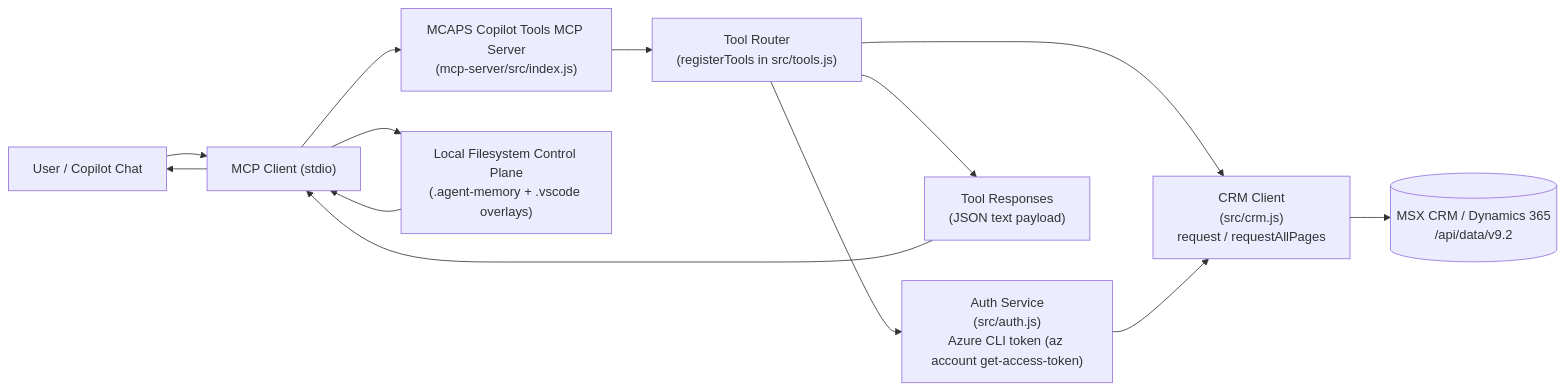
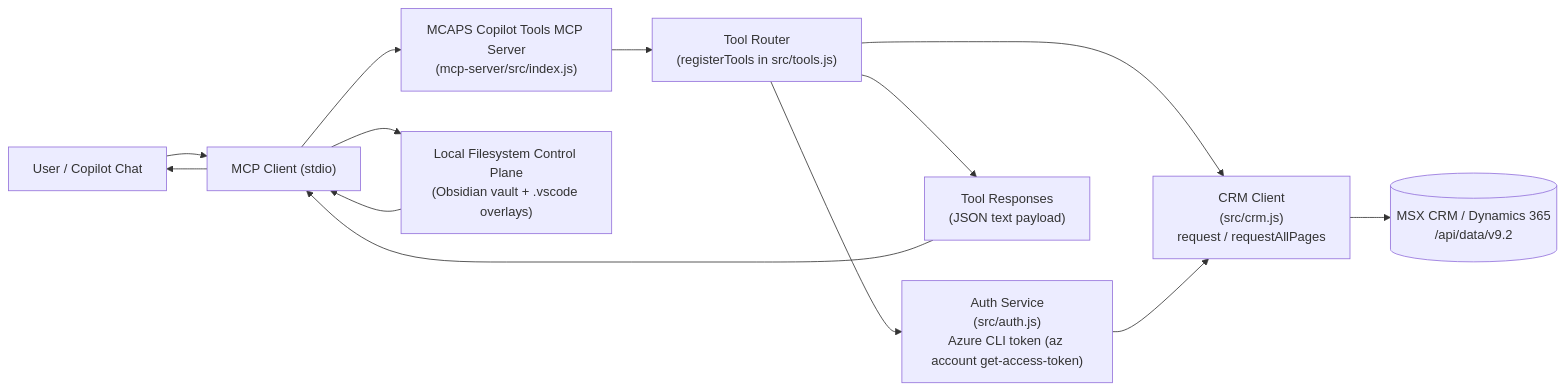
The first of 3 diagrams in docs/architecture-msx-mcp.md (JinLee794/mcaps-copilot-tools), drawn with Mermaid before and after one commit. The commit also changed other lines of this file and 18 other files, not shown here.

````diff
--- a/docs/architecture-msx-mcp.md
+++ b/docs/architecture-msx-mcp.md
@@ -9,19 +9,19 @@
 ```mermaid
 flowchart LR
   U[User / Copilot Chat] --> C["MCP Client (stdio)"]
   C --> S["MCAPS Copilot Tools MCP Server\n(mcp-server/src/index.js)"]
 
-  C --> F["Local Filesystem Control Plane\n(.agent-memory + .vscode overlays)"]
+  C --> F["Local Filesystem Control Plane\n(Obsidian vault + .vscode overlays)"]
 
   S --> T["Tool Router\n(registerTools in src/tools.js)"]
   T --> A["Auth Service\n(src/auth.js)\nAzure CLI token (az account get-access-token)"]
   T --> R["CRM Client\n(src/crm.js)\nrequest / requestAllPages"]
 
   A --> R
   R --> D[("MSX CRM / Dynamics 365\n/api/data/v9.2")]
   F --> C
 
   T --> O["Tool Responses\n(JSON text payload)"]
   O --> C
   C --> U
 ```
````
